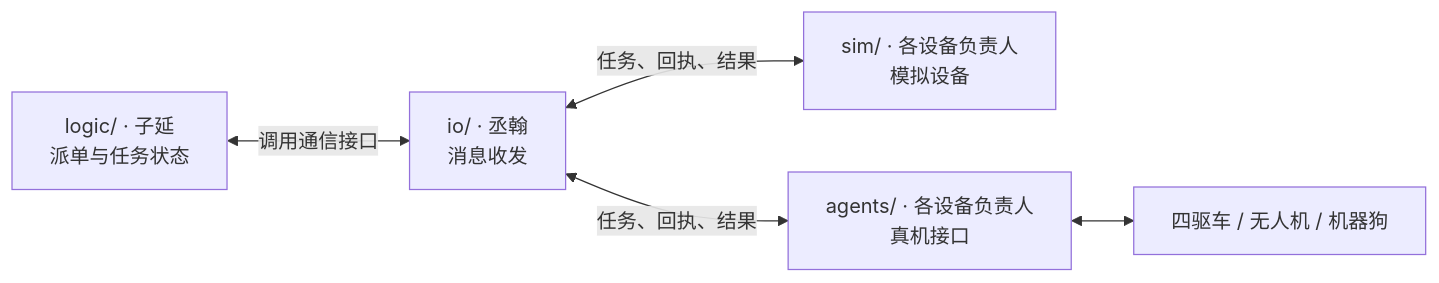
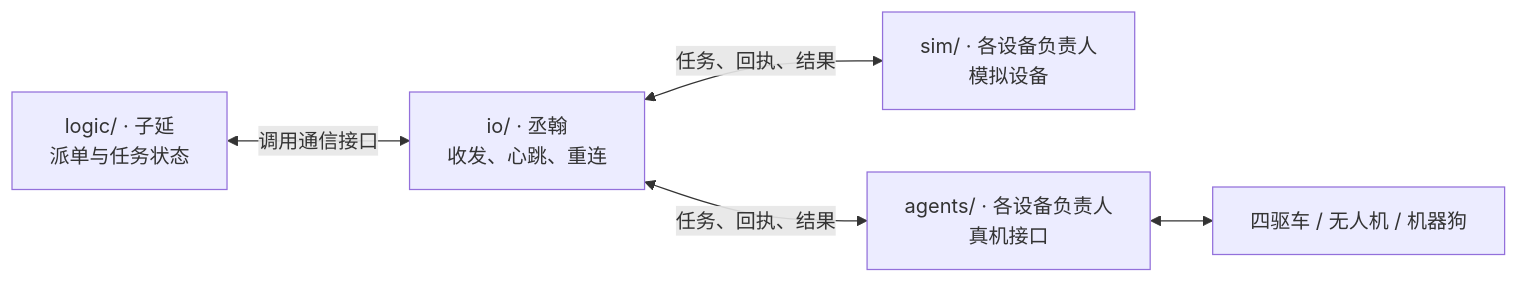
The diagram in docs/00-架构与目录.md (Karl-Heinrich-Marx-520/multi-robot-c2), drawn with Mermaid before and after one commit. The commit also changed other lines of this file and 32 other files, not shown here.

````diff
--- a/docs/00-架构与目录.md
+++ b/docs/00-架构与目录.md
@@ -5,7 +5,7 @@
 ```mermaid
 flowchart LR
-    Logic["logic/ · 子延<br/>派单与任务状态"] <-->|"调用通信接口"| IO["io/ · 丞翰<br/>消息收发"]
+    Logic["logic/ · 子延<br/>派单与任务状态"] <-->|"调用通信接口"| IO["io/ · 丞翰<br/>收发、心跳、重连"]
     IO <-->|"任务、回执、结果"| Sim["sim/ · 各设备负责人<br/>模拟设备"]
     IO <-->|"任务、回执、结果"| Agent["agents/ · 各设备负责人<br/>真机接口"]
     Agent <--> Device["四驱车 / 无人机 / 机器狗"]
 ```
````
